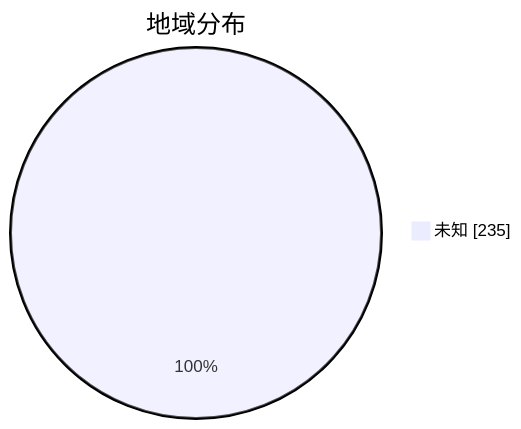
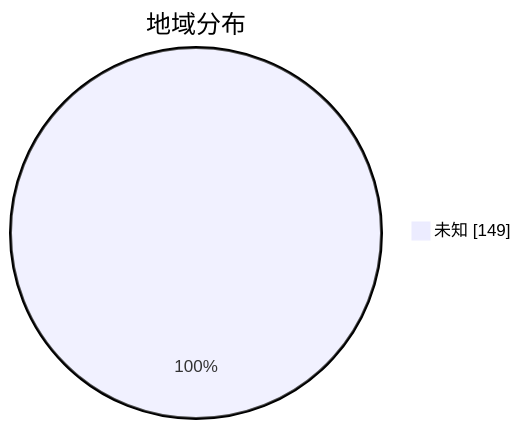
The second of 3 diagrams in subs/statistics/tested_within.md (qjlxg/airport), drawn with Mermaid before and after one commit. The commit also changed other lines of this file and 2 other files, not shown here.

````diff
--- a/subs/statistics/tested_within.md
+++ b/subs/statistics/tested_within.md
@@ -12,5 +12,5 @@
 ```mermaid
 pie showData
 title 地域分布
-"未知" : 235
+"未知" : 149
 ```
````
